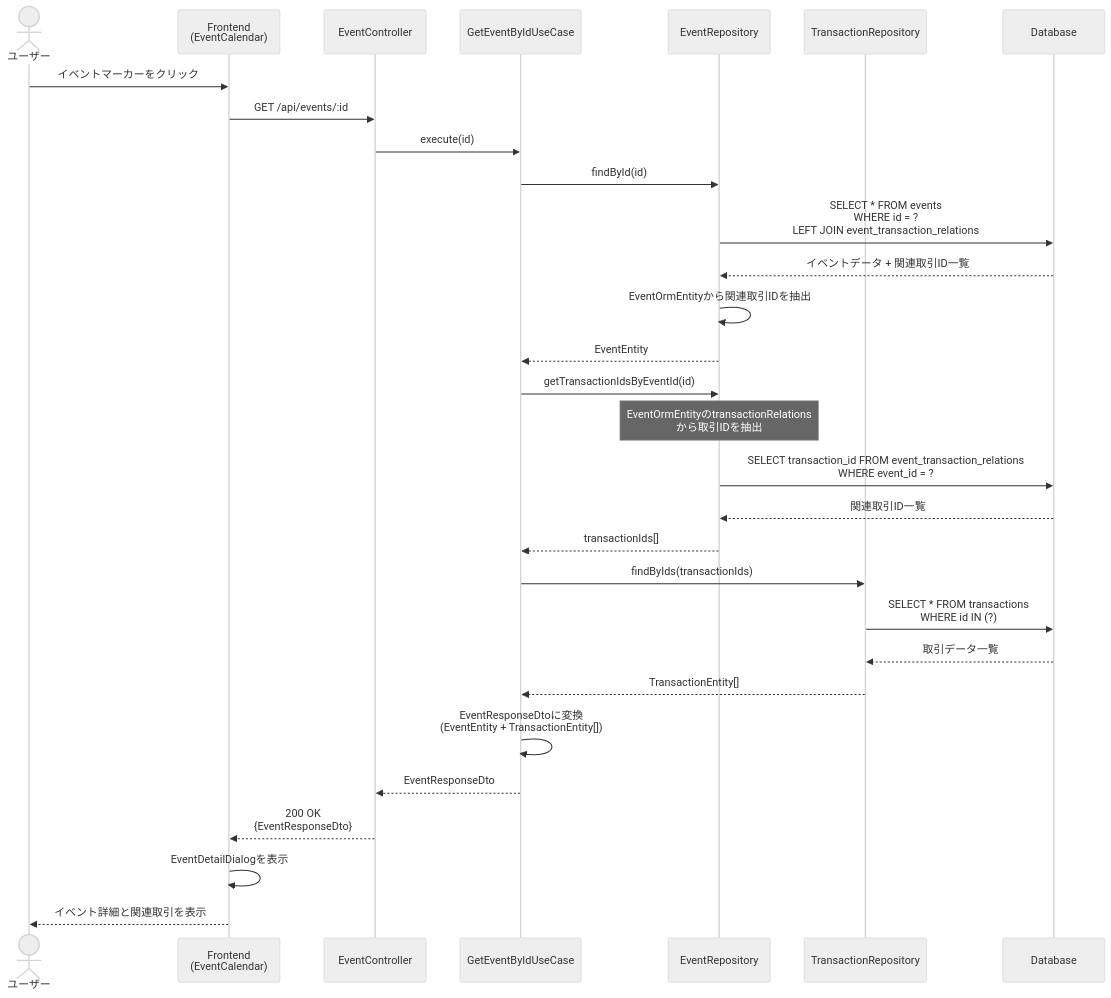
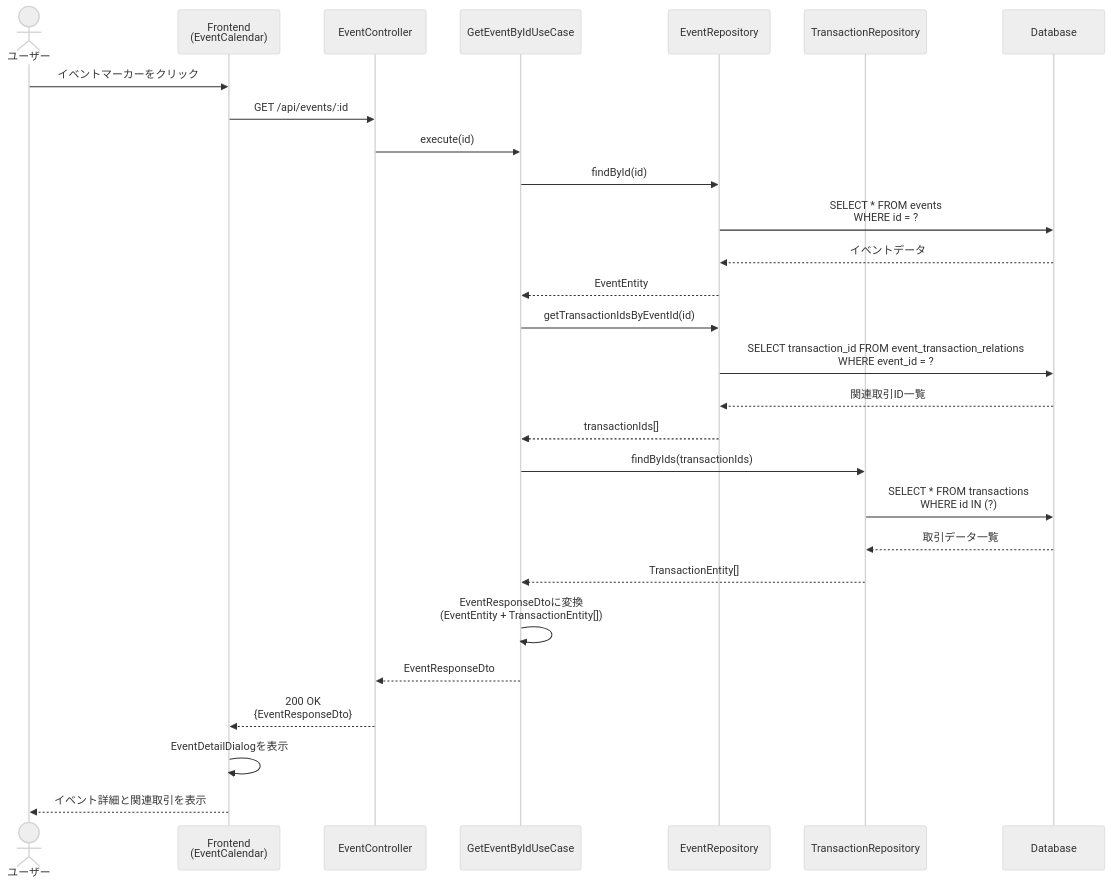
Before and after one commit to kencom2400/account-book: the fourth of 9 diagrams in docs/detailed-design/FR-021_event-memo/sequence-diagrams.md, drawn with Mermaid (neutral theme). The commit also changed 3 other files, not shown here.

````diff
--- a/docs/detailed-design/FR-021_event-memo/sequence-diagrams.md
+++ b/docs/detailed-design/FR-021_event-memo/sequence-diagrams.md
@@ -253,40 +253,38 @@
 ```mermaid
 sequenceDiagram
     actor User as ユーザー
     participant FE as Frontend<br/>(EventCalendar)
     participant API as EventController
     participant UC as GetEventByIdUseCase
     participant EventRepo as EventRepository
     participant TransRepo as TransactionRepository
     participant DB as Database
 
     User->>FE: イベントマーカーをクリック
     FE->>API: GET /api/events/:id
 
     API->>UC: execute(id)
 
     UC->>EventRepo: findById(id)
-    EventRepo->>DB: SELECT * FROM events<br/>WHERE id = ?<br/>LEFT JOIN event_transaction_relations
-    DB-->>EventRepo: イベントデータ + 関連取引ID一覧
-    EventRepo->>EventRepo: EventOrmEntityから関連取引IDを抽出
+    EventRepo->>DB: SELECT * FROM events<br/>WHERE id = ?
+    DB-->>EventRepo: イベントデータ
     EventRepo-->>UC: EventEntity
 
     UC->>EventRepo: getTransactionIdsByEventId(id)
-    Note over EventRepo: EventOrmEntityのtransactionRelations<br/>から取引IDを抽出
     EventRepo->>DB: SELECT transaction_id FROM event_transaction_relations<br/>WHERE event_id = ?
     DB-->>EventRepo: 関連取引ID一覧
     EventRepo-->>UC: transactionIds[]
 
     UC->>TransRepo: findByIds(transactionIds)
     TransRepo->>DB: SELECT * FROM transactions<br/>WHERE id IN (?)
     DB-->>TransRepo: 取引データ一覧
     TransRepo-->>UC: TransactionEntity[]
 
     UC->>UC: EventResponseDtoに変換<br/>(EventEntity + TransactionEntity[])
 
     UC-->>API: EventResponseDto
     API-->>FE: 200 OK<br/>{EventResponseDto}
 
     FE->>FE: EventDetailDialogを表示
     FE-->>User: イベント詳細と関連取引を表示
 ```
````
